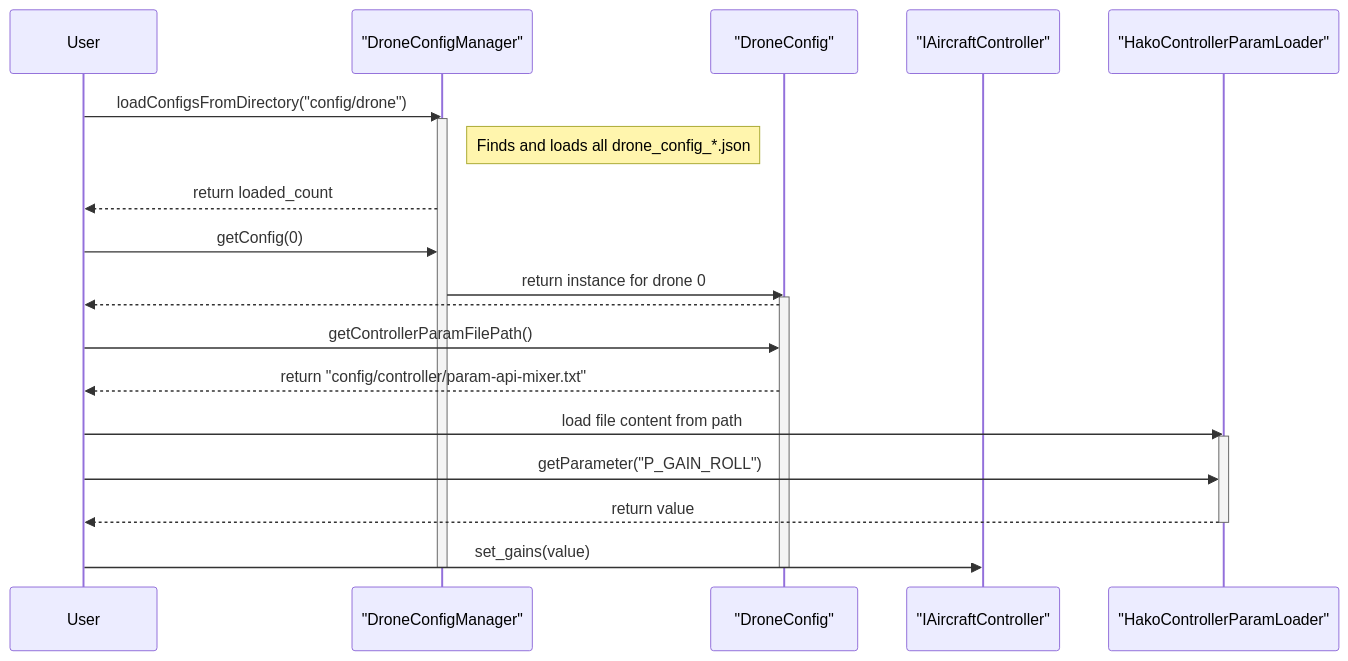
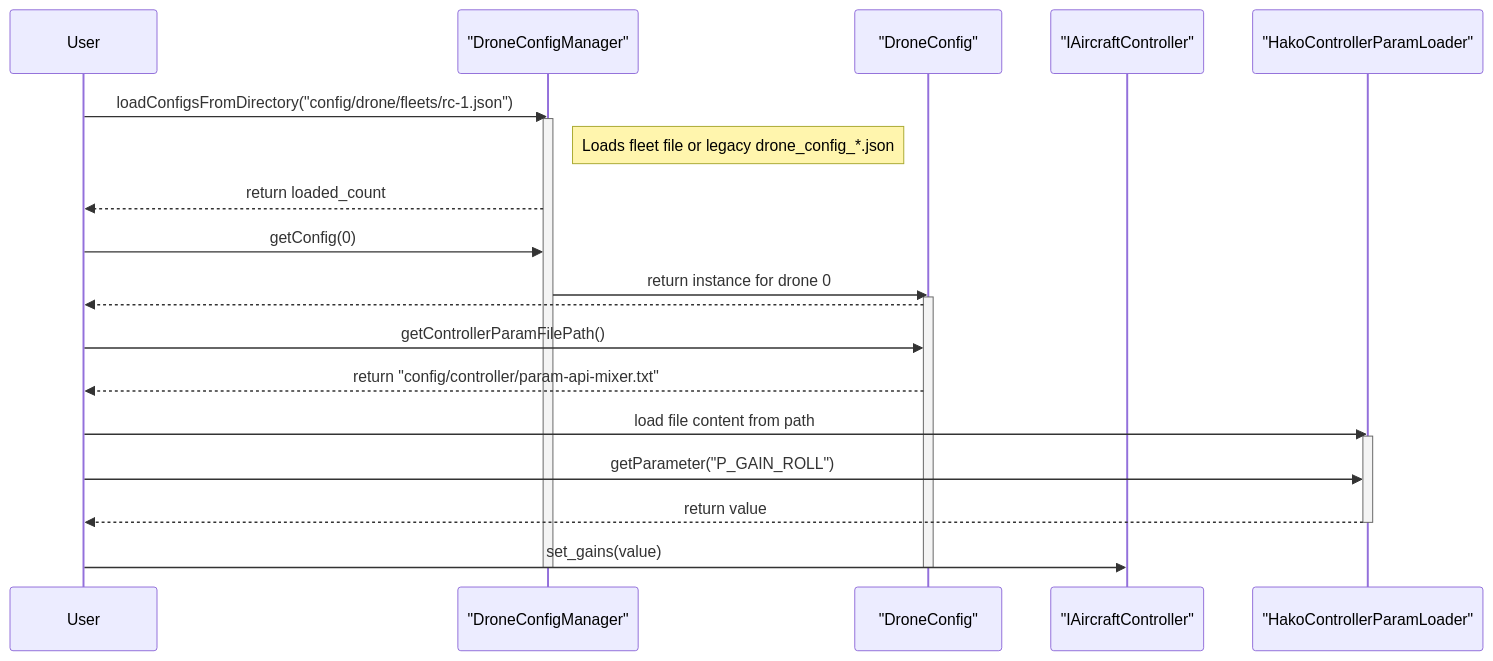
Before and after one commit to toppers/hakoniwa-drone-core: the second of 2 diagrams in docs/architecture/config/README.md, drawn with Mermaid. The commit also changed other lines of this file and 179 other files, not shown here.

````diff
--- a/docs/architecture/config/README.md
+++ b/docs/architecture/config/README.md
@@ -65,32 +66,32 @@
 ```mermaid
 sequenceDiagram
     participant User
     participant ConfigManager as "DroneConfigManager"
     participant DroneConfig as "DroneConfig"
     participant Controller as "IAircraftController"
     participant ParamLoader as "HakoControllerParamLoader"
 
-    User->>ConfigManager: loadConfigsFromDirectory("config/drone")
+    User->>ConfigManager: loadConfigsFromDirectory("config/drone/fleets/rc-1.json")
     activate ConfigManager
-    Note right of ConfigManager: Finds and loads all drone_config_*.json
+    Note right of ConfigManager: Loads fleet file or legacy drone_config_*.json
     ConfigManager-->>User: return loaded_count
 
     User->>ConfigManager: getConfig(0)
     ConfigManager->>DroneConfig: return instance for drone 0
     activate DroneConfig
     DroneConfig-->>User:
 
     User->>DroneConfig: getControllerParamFilePath()
     DroneConfig-->>User: return "config/controller/param-api-mixer.txt"
 
     User->>ParamLoader: load file content from path
     activate ParamLoader
     User->>ParamLoader: getParameter("P_GAIN_ROLL")
     ParamLoader-->>User: return value
     deactivate ParamLoader
 
     User->>Controller: set_gains(value)
 
     deactivate DroneConfig
     deactivate ConfigManager
 ```
````
